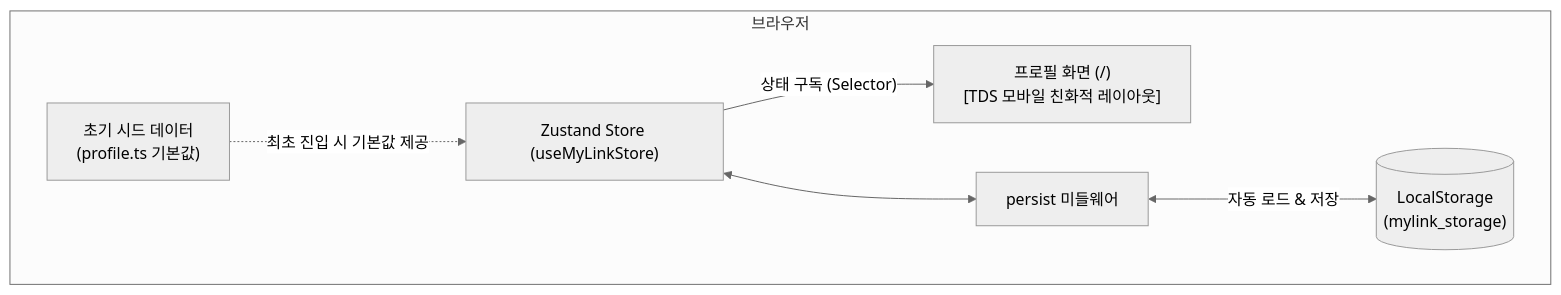
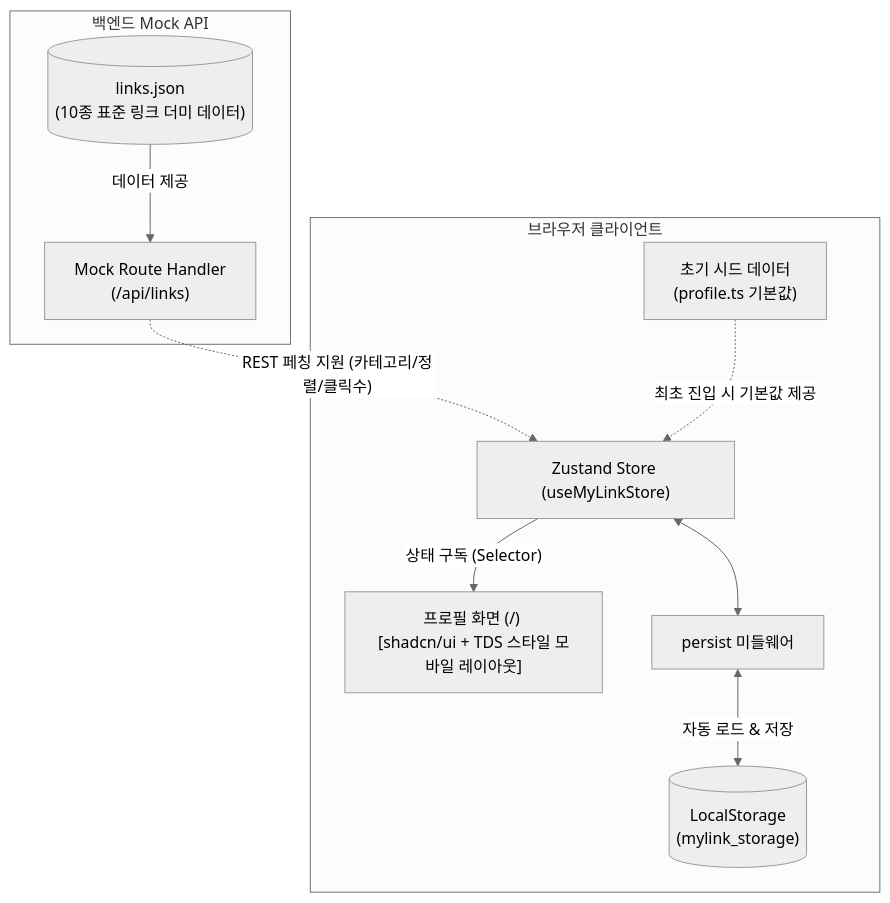
Before and after one commit to jsok0511/my-link: the diagram in docs/PRD.md, drawn with Mermaid (neutral theme). The commit also changed other lines of this file and 30 other files, not shown here.

````diff
--- a/docs/PRD.md
+++ b/docs/PRD.md
@@ -21,15 +25,22 @@
 ```mermaid
 flowchart TD
-    subgraph Browser ["브라우저"]
-        ProfilePage["프로필 화면 (/) \n[TDS 모바일 친화적 레이아웃]"]
+    subgraph Browser ["브라우저 클라이언트"]
+        ProfilePage["프로필 화면 (/) \n[shadcn/ui + TDS 스타일 모바일 레이아웃]"]
         Store["Zustand Store (useMyLinkStore)"]
         PersistMW["persist 미들웨어"]
         LS[("LocalStorage\n(mylink_storage)")]
         SeedData["초기 시드 데이터\n(profile.ts 기본값)"]
     end
 
+    subgraph BackendMock ["백엔드 Mock API"]
+        MockAPI["Mock Route Handler\n(/api/links)"]
+        DummyJSON[("links.json\n(10종 표준 링크 더미 데이터)")]
+    end
+
+    DummyJSON -->|"데이터 제공"| MockAPI
+    MockAPI -.->|"REST 페칭 지원 (카테고리/정렬/클릭수)"| Store
     SeedData -.->|"최초 진입 시 기본값 제공"| Store
     Store <--> PersistMW
     PersistMW <-->|"자동 로드 & 저장"| LS
     Store -->|"상태 구독 (Selector)"| ProfilePage
 ```
````
